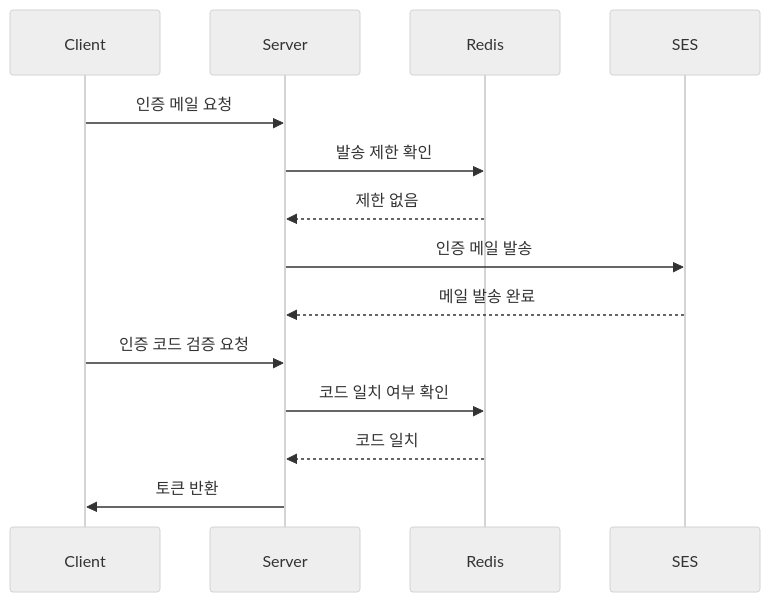
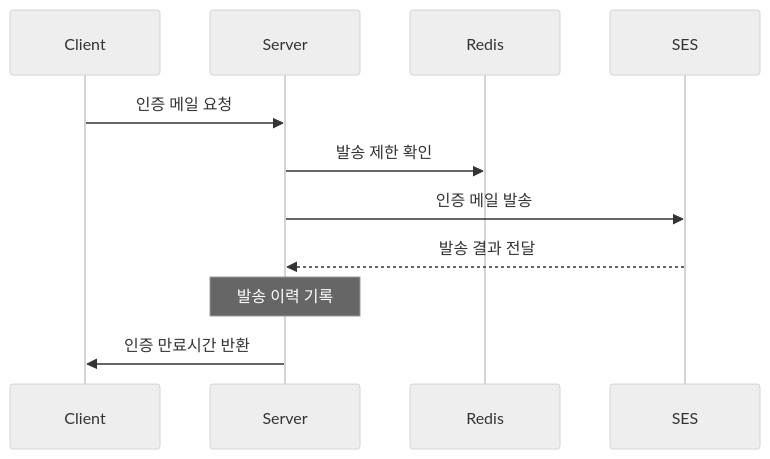
The first of 2 diagrams in _posts/project/sidaeting5/2024-12-15-sidaeting5-aws-ses-email-verification.md (23tae/23tae.github.io), drawn with Mermaid (neutral theme) before and after one commit. The commit also changed other lines of this file and 4 other files, not shown here.

````diff
--- a/_posts/project/sidaeting5/2024-12-15-sidaeting5-aws-ses-email-verification.md
+++ b/_posts/project/sidaeting5/2024-12-15-sidaeting5-aws-ses-email-verification.md
@@ -56,18 +58,14 @@
 ```mermaid
 sequenceDiagram
     participant C as Client
     participant S as Server
     participant R as Redis
     participant SES
 
     C->>S: 인증 메일 요청
     S->>R: 발송 제한 확인
-    R-->>S: 제한 없음
     S->>SES: 인증 메일 발송
-    SES-->>S: 메일 발송 완료
-    C->>S: 인증 코드 검증 요청
-    S->>R: 코드 일치 여부 확인
-    R-->>S: 코드 일치
-    S->>C: 토큰 반환
-
+    SES-->>S: 발송 결과 전달
+    Note over S: 발송 이력 기록
+    S->>C: 인증 만료시간 반환
 ```
````
